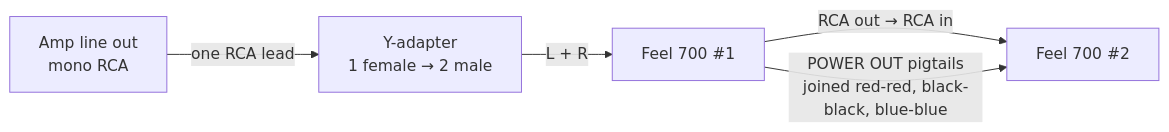
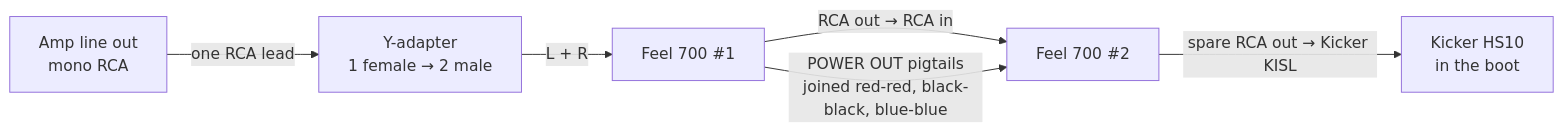
Before and after one commit to badsyntax/jimny-sound: the fourth of 4 diagrams in docs/index.md, drawn with Mermaid. The commit also changed other lines of this file and 2 other files, not shown here.

First line of the commit message:
Add the HS10 to every wiring and signal diagram

````diff
--- a/docs/index.md
+++ b/docs/index.md
@@ -310,7 +313,8 @@
 ```mermaid
 flowchart LR
     AMP["Amp line out<br/>mono RCA"] -->|"one RCA lead"| Y["Y-adapter<br/>1 female → 2 male"]
     Y -->|"L + R"| S1["Feel 700 #1"]
     S1 -->|"RCA out → RCA in"| S2["Feel 700 #2"]
     S1 -->|"POWER OUT pigtails<br/>joined red-red, black-black, blue-blue"| S2
+    S2 -->|"spare RCA out → Kicker KISL"| HS["Kicker HS10<br/>in the boot"]
 ```
````
